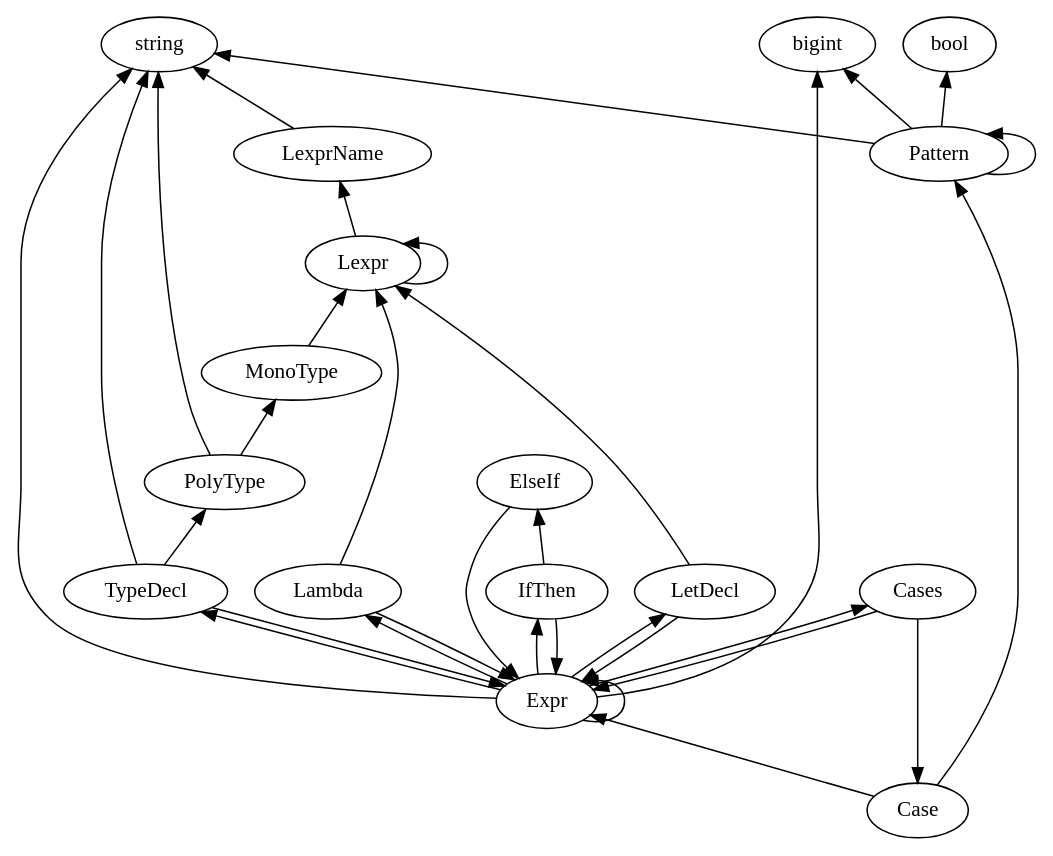
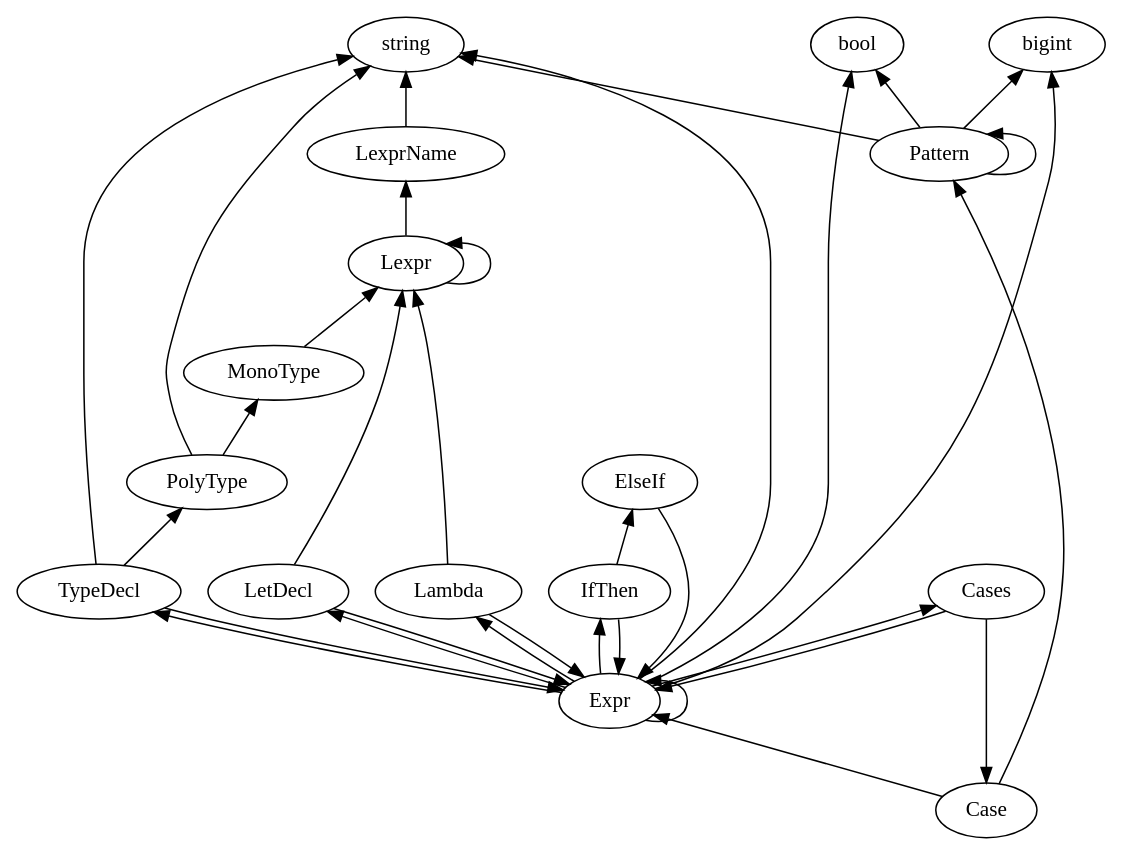
Before and after one commit to plutoscarab/Arafel: the diagram in generated/productions.dot, drawn with Graphviz. The commit also changed 14 other files, not shown here.

```diff
--- a/generated/productions.dot
+++ b/generated/productions.dot
@@ -1,36 +1,37 @@
 digraph G {
     rankdir="BT"
     { rank=same; bool; bigint; string; }
     Case -> Pattern
     Case -> Expr
     Cases -> Expr
     Cases -> Case
     ElseIf -> Expr
     Expr -> Expr
     Expr -> bigint
     Expr -> string
+    Expr -> bool
     Expr -> Lambda
     Expr -> Cases
     Expr -> IfThen
     Expr -> LetDecl
     Expr -> TypeDecl
     IfThen -> Expr
     IfThen -> ElseIf
     Lambda -> Lexpr
     Lambda -> Expr
     LetDecl -> Lexpr
     LetDecl -> Expr
     Lexpr -> LexprName
     Lexpr -> Lexpr
     LexprName -> string
     MonoType -> Lexpr
     Pattern -> string
     Pattern -> Pattern
     Pattern -> bigint
     Pattern -> bool
     PolyType -> string
     PolyType -> MonoType
     TypeDecl -> string
     TypeDecl -> PolyType
     TypeDecl -> Expr
 }
```
